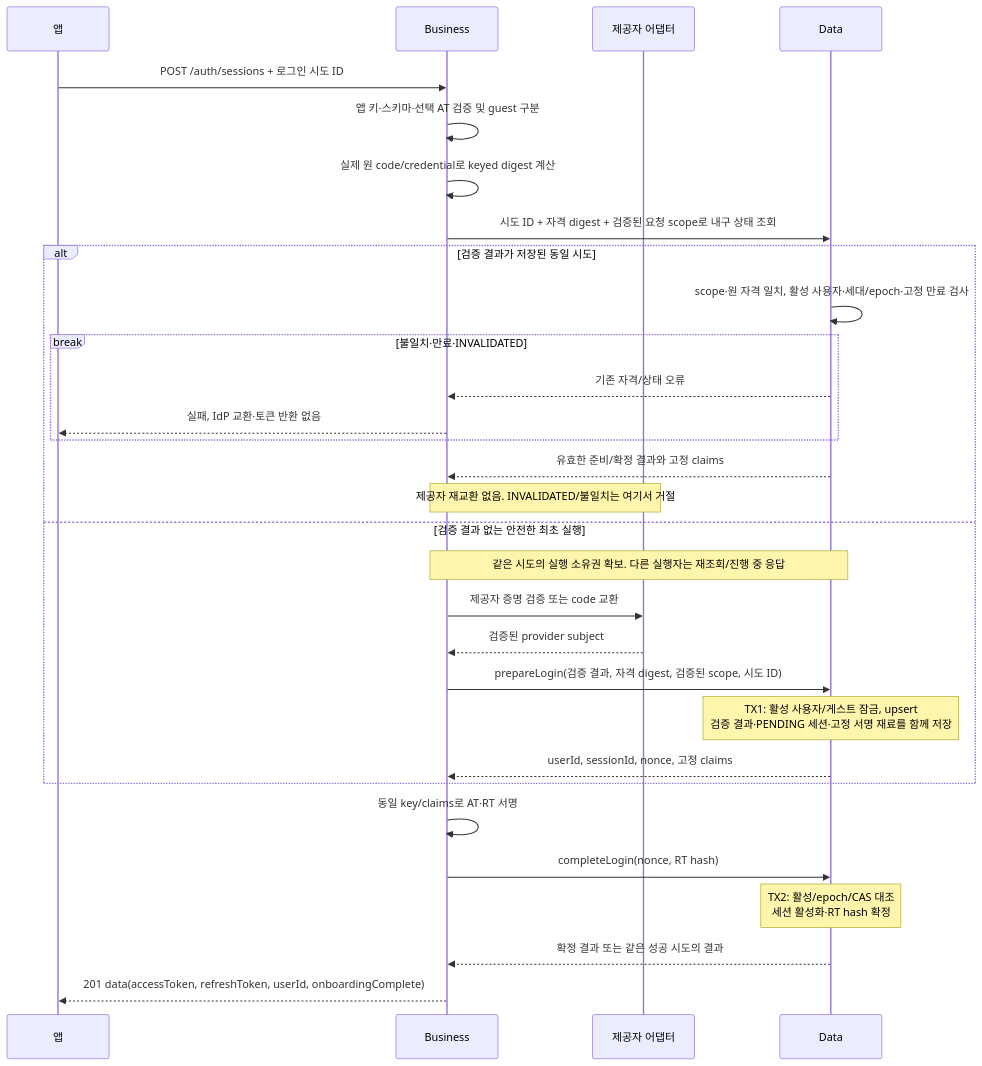
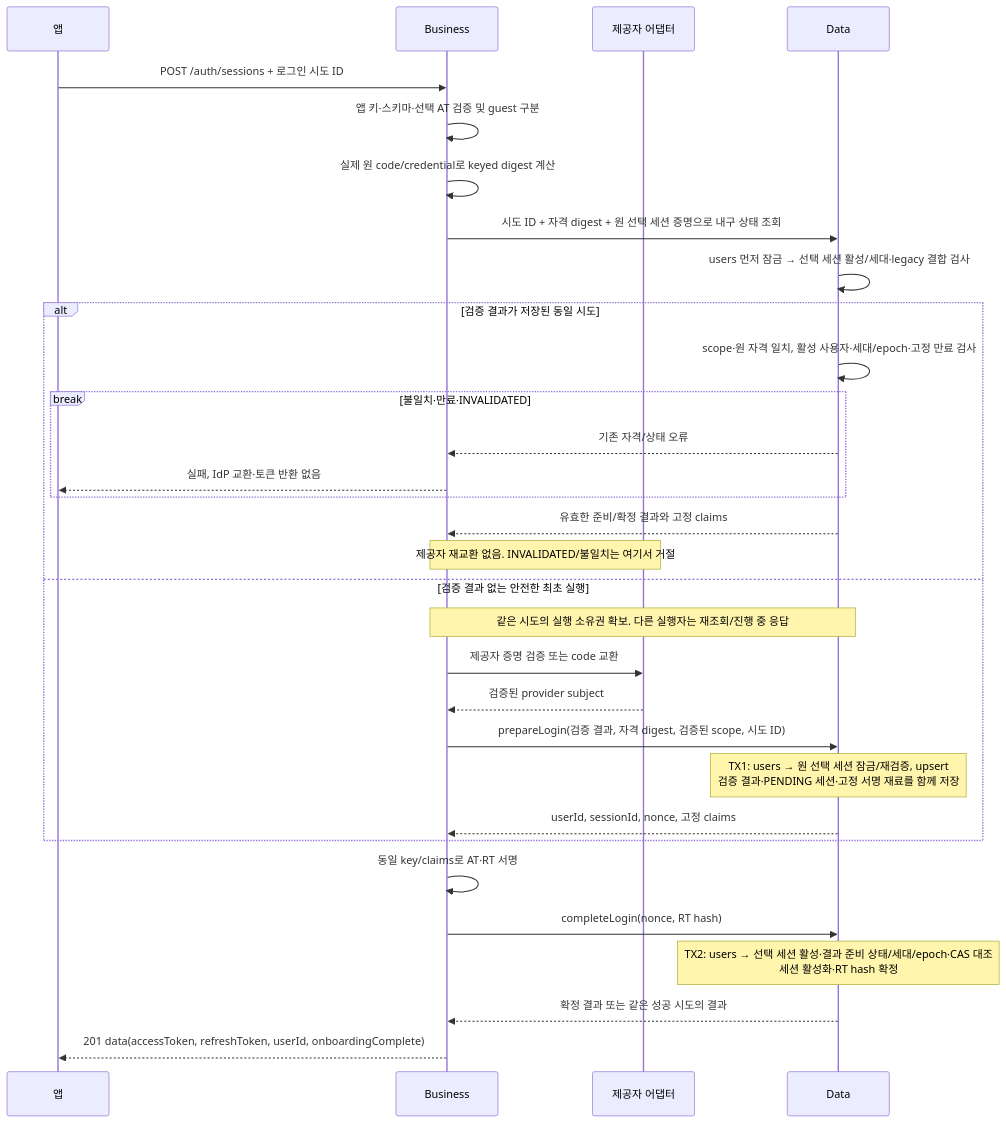
The second of 6 diagrams in docs/prd/account/high-level-design.md (OneOrThree/phone), drawn with Mermaid before and after one commit. The commit also changed other lines of this file and 4 other files, not shown here.

````diff
--- a/docs/prd/account/high-level-design.md
+++ b/docs/prd/account/high-level-design.md
@@ -41,32 +41,33 @@
 ```mermaid
 sequenceDiagram
     participant A as 앱
     participant B as Business
     participant P as 제공자 어댑터
     participant D as Data
     A->>B: POST /auth/sessions + 로그인 시도 ID
     B->>B: 앱 키·스키마·선택 AT 검증 및 guest 구분
     B->>B: 실제 원 code/credential로 keyed digest 계산
-    B->>D: 시도 ID + 자격 digest + 검증된 요청 scope로 내구 상태 조회
+    B->>D: 시도 ID + 자격 digest + 원 선택 세션 증명으로 내구 상태 조회
+    D->>D: users 먼저 잠금 → 선택 세션 활성/세대·legacy 결합 검사
     alt 검증 결과가 저장된 동일 시도
         D->>D: scope·원 자격 일치, 활성 사용자·세대/epoch·고정 만료 검사
         break 불일치·만료·INVALIDATED
             D-->>B: 기존 자격/상태 오류
             B-->>A: 실패, IdP 교환·토큰 반환 없음
         end
         D-->>B: 유효한 준비/확정 결과와 고정 claims
         Note over B,P: 제공자 재교환 없음. INVALIDATED/불일치는 여기서 거절
     else 검증 결과 없는 안전한 최초 실행
         Note over B,D: 같은 시도의 실행 소유권 확보. 다른 실행자는 재조회/진행 중 응답
         B->>P: 제공자 증명 검증 또는 code 교환
         P-->>B: 검증된 provider subject
         B->>D: prepareLogin(검증 결과, 자격 digest, 검증된 scope, 시도 ID)
-        Note over D: TX1: 활성 사용자/게스트 잠금, upsert<br/>검증 결과·PENDING 세션·고정 서명 재료를 함께 저장
+        Note over D: TX1: users → 원 선택 세션 잠금/재검증, upsert<br/>검증 결과·PENDING 세션·고정 서명 재료를 함께 저장
         D-->>B: userId, sessionId, nonce, 고정 claims
     end
     B->>B: 동일 key/claims로 AT·RT 서명
     B->>D: completeLogin(nonce, RT hash)
-    Note over D: TX2: 활성/epoch/CAS 대조<br/>세션 활성화·RT hash 확정
+    Note over D: TX2: users → 선택 세션 활성·결과 준비 상태/세대/epoch·CAS 대조<br/>세션 활성화·RT hash 확정
     D-->>B: 확정 결과 또는 같은 성공 시도의 결과
     B-->>A: 201 data(accessToken, refreshToken, userId, onboardingComplete)
 ```
````
